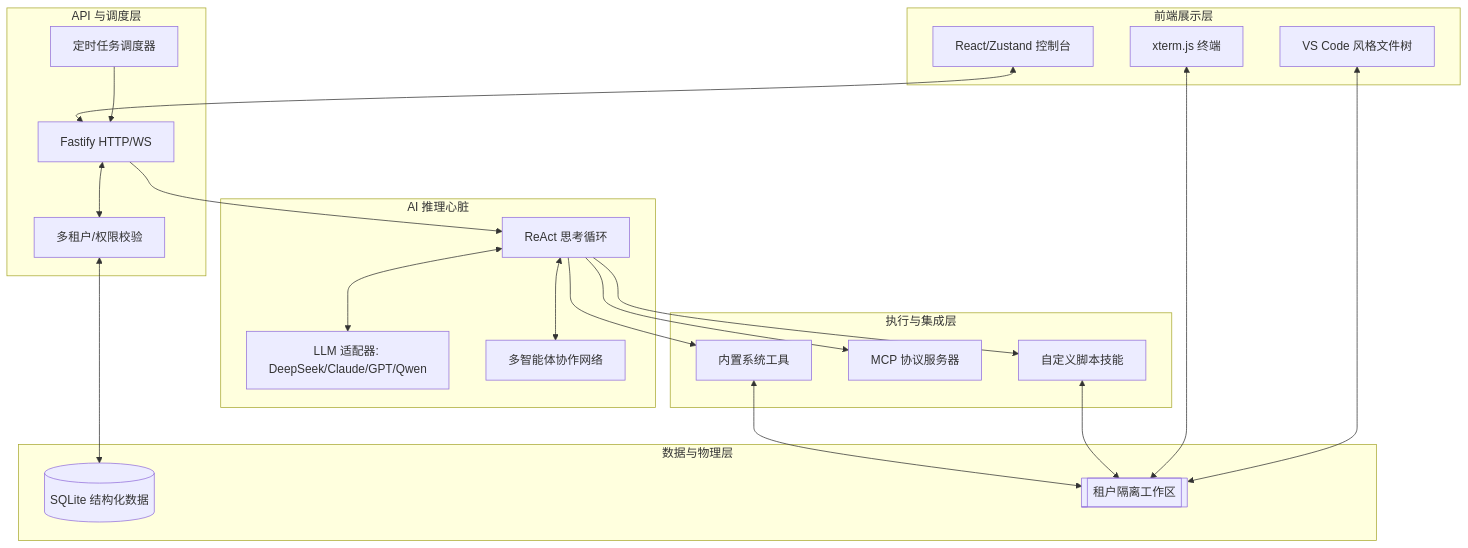
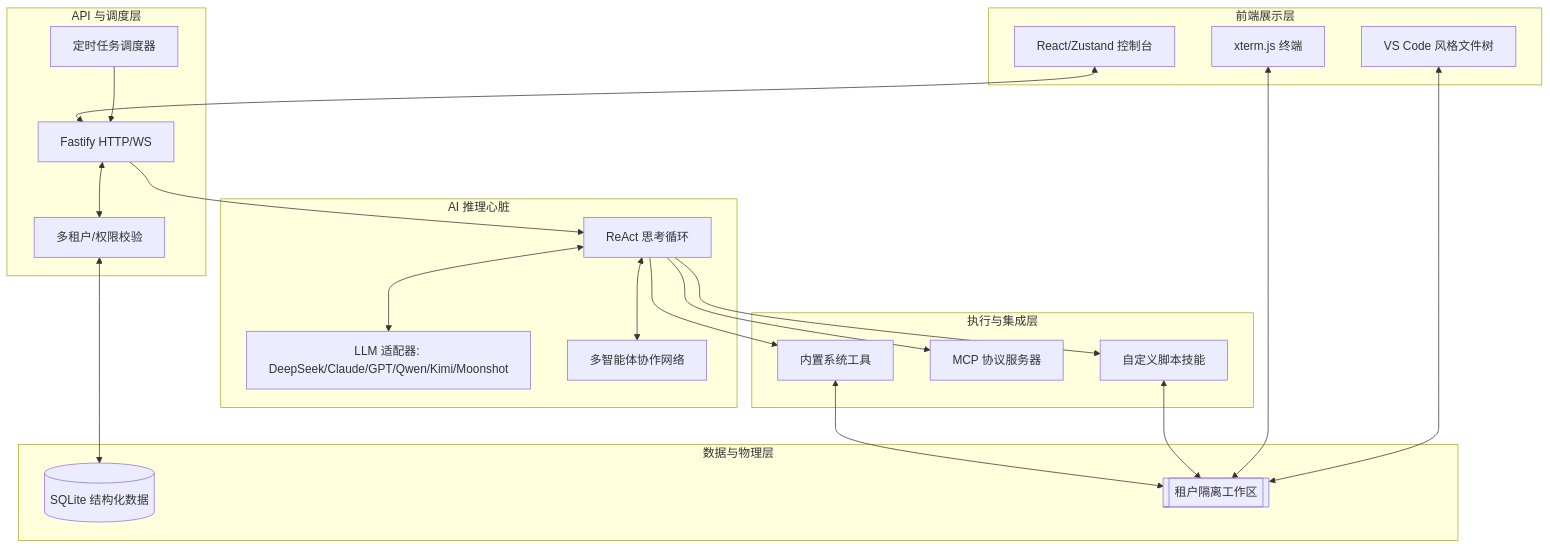
Before and after one commit to HJ-uncle/ai-agent-engine: the diagram in docs/docs/overview.md, drawn with Mermaid. The commit also changed other lines of this file and 44 other files, not shown here.

First line of the commit message:
feat: Add QwenAdapter and model capabilities management

````diff
--- a/docs/docs/overview.md
+++ b/docs/docs/overview.md
@@ -9,46 +9,46 @@
 ```mermaid
 graph TD
     subgraph Frontend [前端展示层]
         UI[React/Zustand 控制台]
         Explorer[VS Code 风格文件树]
         Terminal[xterm.js 终端]
     end
 
     subgraph API_Layer [API 与调度层]
         API[Fastify HTTP/WS]
         Auth[多租户/权限校验]
         Cron[定时任务调度器]
     end
 
     subgraph Reasoning [AI 推理心脏]
         Loop[ReAct 思考循环]
-        Adapter[LLM 适配器: DeepSeek/Claude/GPT/Qwen]
+        Adapter[LLM 适配器: DeepSeek/Claude/GPT/Qwen/Kimi/Moonshot]
         SubAgent[多智能体协作网络]
     end
 
     subgraph Tools_Execution [执行与集成层]
         SysTools[内置系统工具]
         MCP[MCP 协议服务器]
         Skills[自定义脚本技能]
     end
 
     subgraph Persistence [数据与物理层]
         SQLite[(SQLite 结构化数据)]
         Workspace[[租户隔离工作区]]
     end
 
     UI <--> API
     API <--> Auth
     Auth <--> SQLite
     API --> Loop
     Cron --> API
     Loop <--> Adapter
     Loop <--> SubAgent
     Loop --> SysTools
     Loop --> MCP
     Loop --> Skills
     SysTools <--> Workspace
     Skills <--> Workspace
     Terminal <--> Workspace
     Explorer <--> Workspace
 ```
````
